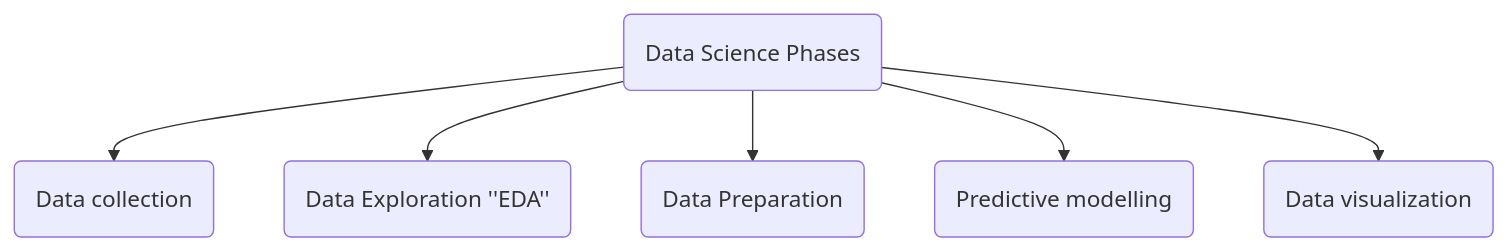
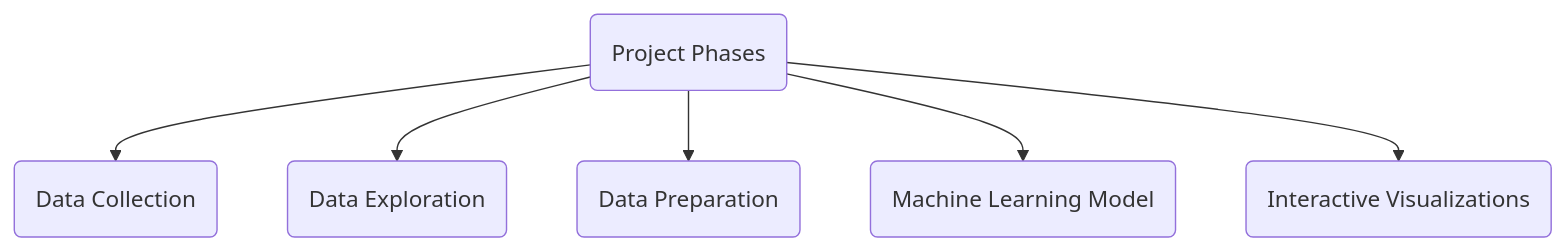
One commit to GarciaEijo/data-science changed the first of 3 diagrams in README.md. Above: the diagram before and after it, drawn with Mermaid. The commit also changed other lines of this file, not shown here.

````diff
--- a/README.md
+++ b/README.md
@@ -7,10 +8,9 @@
 ```mermaid
-graph TD
-
-A(Data Science Phases) --> B(Data collection)
-A --> C(Data Exploration ''EDA'')
-A --> D(Data Preparation)
-A --> E(Predictive modelling)
-A --> F(Data visualization)
-
+flowchart TD
+%%{init: {'theme':'dark'}}}%%
+    A(Project Phases) --> B(Data Collection)
+    A --> C(Data Exploration)
+    A --> D(Data Preparation)
+    A --> E(Machine Learning Model)
+    A --> F(Interactive Visualizations)
 ```
````
